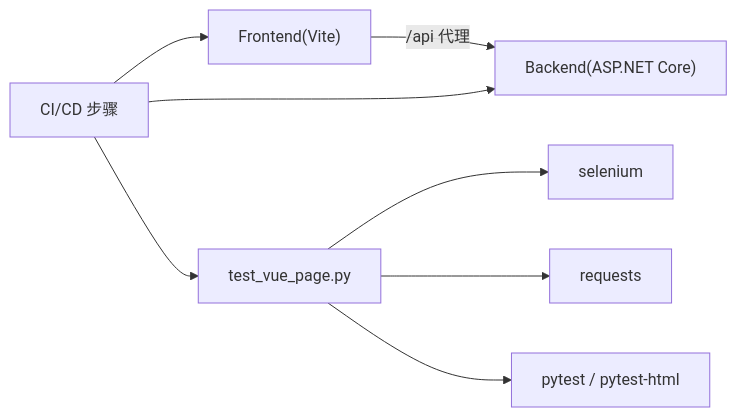
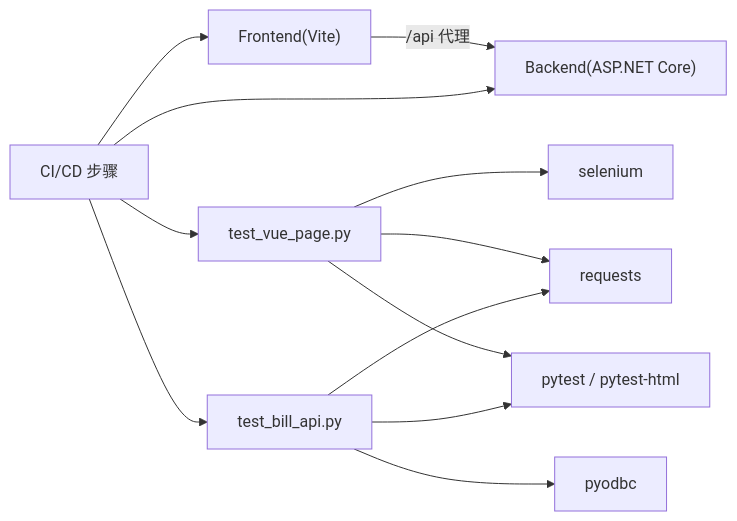
The sixth of 6 diagrams in .qoder/repowiki/zh/content/UI自动化测试体系/测试环境配置.md (WaHaiLong/AgentProject), drawn with Mermaid before and after one commit. The commit also changed other lines of this file and 5 other files, not shown here.

````diff
--- a/.qoder/repowiki/zh/content/UI自动化测试体系/测试环境配置.md
+++ b/.qoder/repowiki/zh/content/UI自动化测试体系/测试环境配置.md
@@ -236,10 +309,14 @@
 ```mermaid
 graph LR
 Py["test_vue_page.py"] --> S["selenium"]
 Py --> R["requests"]
 Py --> P["pytest / pytest-html"]
+Bill["test_bill_api.py"] --> O["pyodbc"]
+Bill --> R
+Bill --> P
 FE["Frontend(Vite)"] --> |/api 代理| BE["Backend(ASP.NET Core)"]
 CI["CI/CD 步骤"] --> FE
 CI --> BE
 CI --> Py
+CI --> Bill
 ```
````
